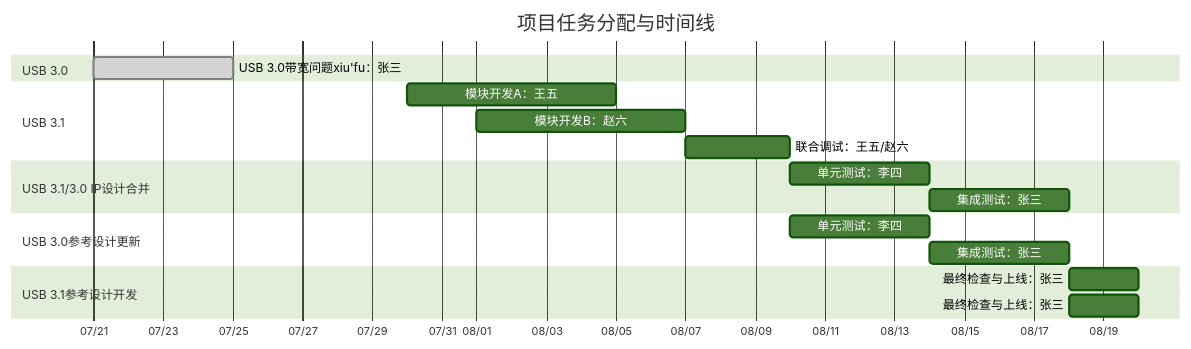
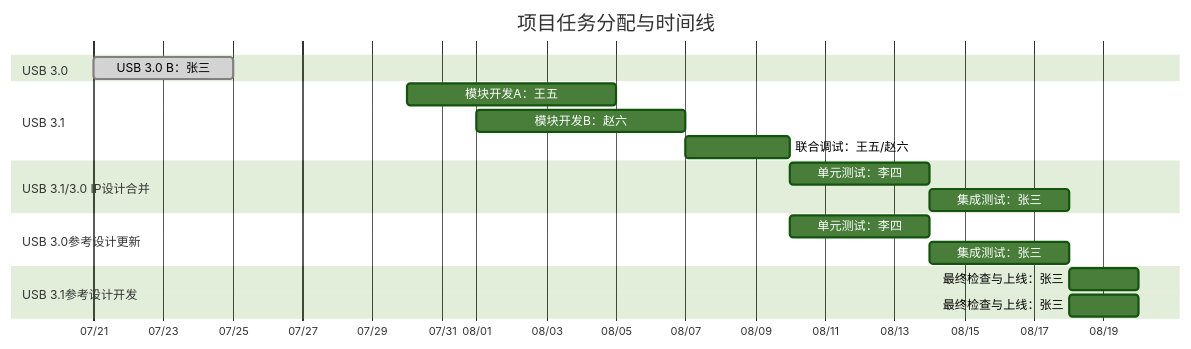
One commit to winsonbook/iodraw-files changed the diagram in all/未命名.md. Above: the diagram before and after it, drawn with Mermaid (forest theme).

Commit message:
2025-07-21 09:42:13 update

````diff
--- a/all/未命名.md
+++ b/all/未命名.md
@@ -1,29 +1,29 @@
 ```mermaid
 gantt
     title 项目任务分配与时间线
     dateFormat  YYYY-MM-DD
     axisFormat  %m/%d
 
     section USB 3.0
-    USB 3.0带宽问题xiu'fu：张三       :done,    task1, 2025-07-21, 4d
+    USB 3.0 B：张三       :done,    task1, 2025-07-21, 4d
 
     section USB 3.1
     模块开发A：王五      :         task3, 2025-07-30, 6d
     模块开发B：赵六      :         task4, 2025-08-01, 6d
     联合调试：王五/赵六  :         task5, 2025-08-07, 3d
 
     section USB 3.1/3.0 IP设计合并
     单元测试：李四       :         task6, 2025-08-10, 4d
     集成测试：张三       :         task7, 2025-08-14, 4d
 
     section USB 3.0参考设计更新
     单元测试：李四       :         task6, 2025-08-10, 4d
     集成测试：张三       :         task7, 2025-08-14, 4d
 
     section USB 3.1参考设计开发
     最终检查与上线：张三 :         task8, 2025-08-18, 2d
 
     section USB 3.1参考设计开发
     最终检查与上线：张三 :         task8, 2025-08-18, 2d
 
 ```
````
